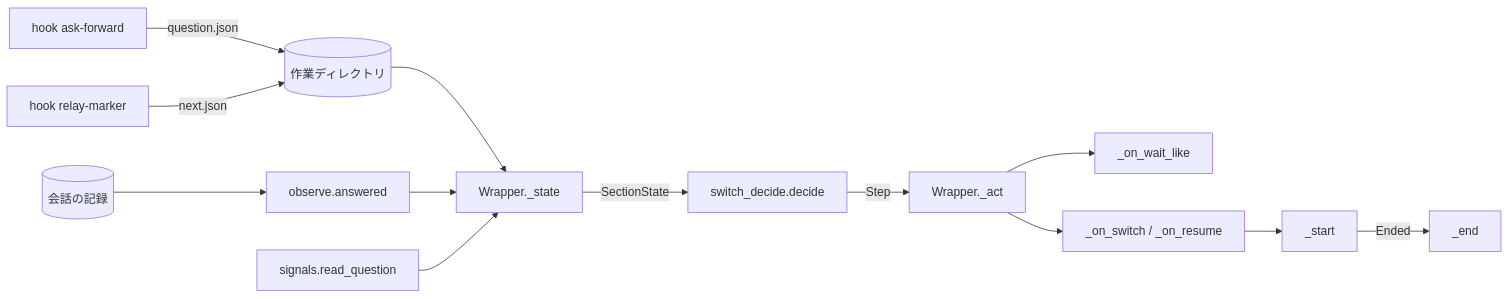
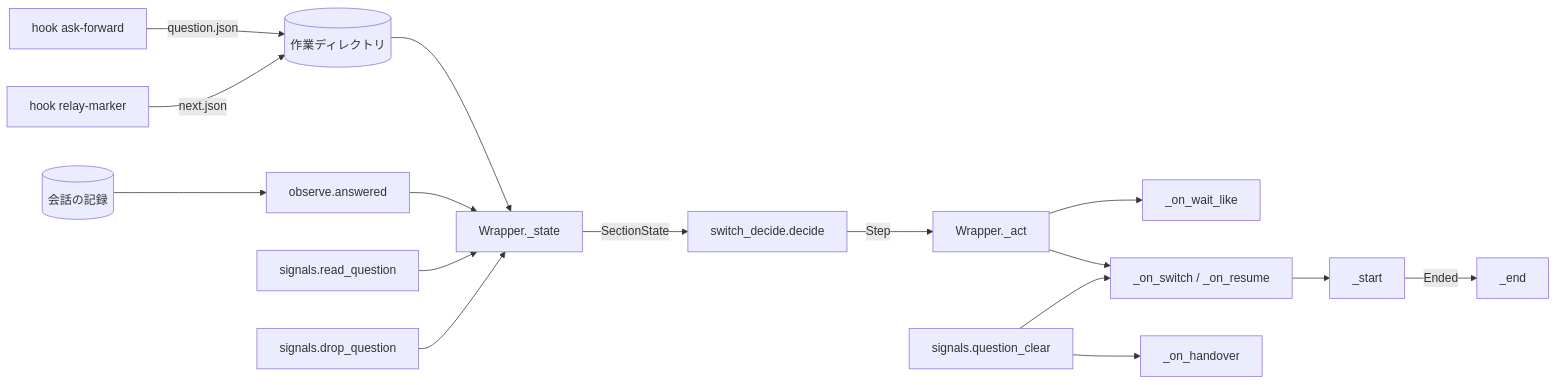
One commit to devbasex/ai-plugins changed the first of 5 diagrams in issues/issue-3842-3846-3847-3814-design.md. Above: the diagram before and after it, drawn with Mermaid. The commit also changed other lines of this file and 1 other file, not shown here.

````diff
--- a/issues/issue-3842-3846-3847-3814-design.md
+++ b/issues/issue-3842-3846-3847-3814-design.md
@@ -157,14 +165,17 @@
 ```mermaid
 flowchart LR
   H1[hook ask-forward] -->|question.json| SIG[(作業ディレクトリ)]
   H2[hook relay-marker] -->|next.json| SIG
   SIG --> ST[Wrapper._state]
   TR[(会話の記録)] --> OB[observe.answered] --> ST
   ST -->|SectionState| D[switch_decide.decide]
   D -->|Step| ACT[Wrapper._act]
   ACT --> FW[_on_wait_like]
   ACT --> SW[_on_switch / _on_resume]
   SW --> S[_start]
   S -->|Ended| END[_end]
   RQ[signals.read_question] --> ST
+  QC[signals.question_clear] --> SW
+  QC --> HO[_on_handover]
+  DQ[signals.drop_question] --> ST
 ```
````
